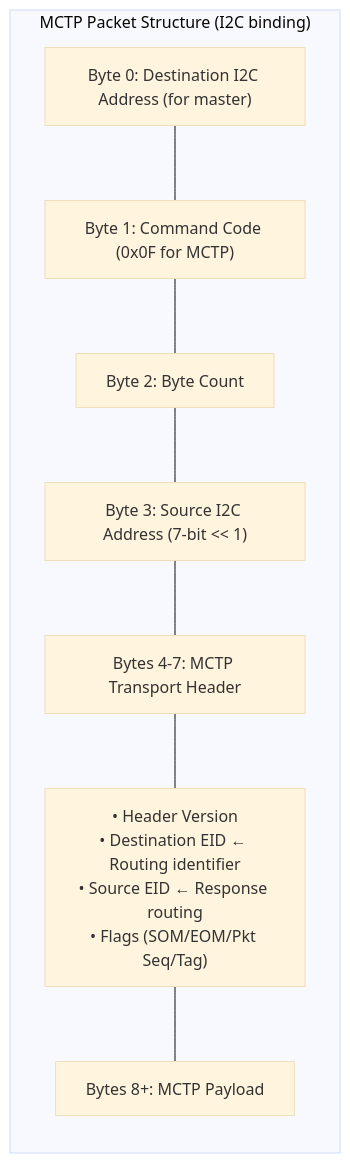
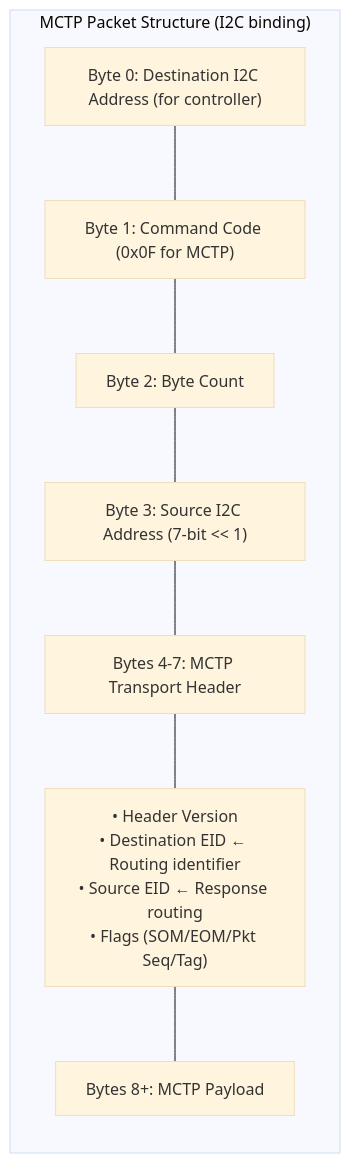
Before and after one commit to OpenPRoT/openprot: the diagram in docs/src/design/i2c/images/mctp_packet_structure.mmd, drawn with Mermaid (base theme). The commit also changed 24 other files, not shown here.

First line of the commit message:
docs(i2c): use inclusive language (controller/target instead of master/slave)

```diff
--- a/docs/src/design/i2c/images/mctp_packet_structure.mmd
+++ b/docs/src/design/i2c/images/mctp_packet_structure.mmd
@@ -1,15 +1,15 @@
 flowchart LR
     subgraph PKT["MCTP Packet Structure (I2C binding)"]
         direction TB
-        B0["Byte 0: Destination I2C Address (for master)"]
+        B0["Byte 0: Destination I2C Address (for controller)"]
         B1["Byte 1: Command Code (0x0F for MCTP)"]
         B2["Byte 2: Byte Count"]
         B3["Byte 3: Source I2C Address (7-bit << 1)"]
         B4["Bytes 4-7: MCTP Transport Header"]
         B4_SUB["• Header Version<br/>• Destination EID ← Routing identifier<br/>• Source EID ← Response routing<br/>• Flags (SOM/EOM/Pkt Seq/Tag)"]
         B5["Bytes 8+: MCTP Payload"]
         
         B0 --- B1 --- B2 --- B3 --- B4
         B4 --- B4_SUB
         B4_SUB --- B5
     end
```
